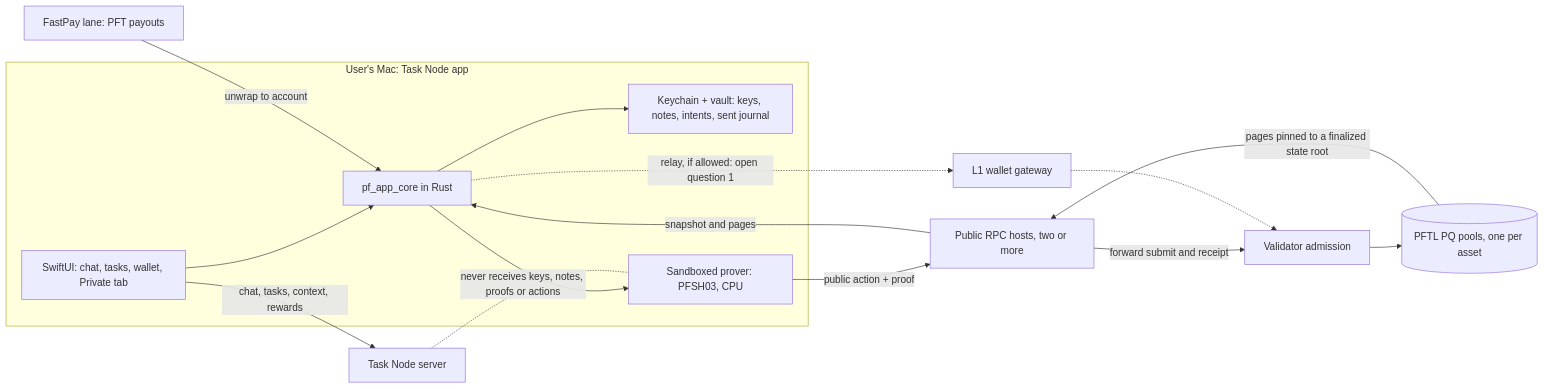
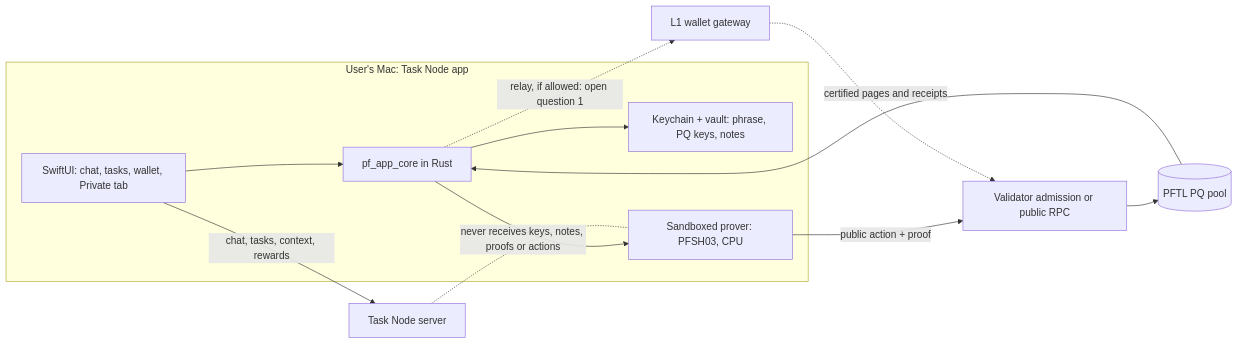
The first of 2 diagrams in big_milestone/pillars/05-local-task-node.md (postfiatorg/postfiatl1v2), drawn with Mermaid before and after one commit. The commit also changed other lines of this file and 37 other files, not shown here.

````diff
--- a/big_milestone/pillars/05-local-task-node.md
+++ b/big_milestone/pillars/05-local-task-node.md
@@ -52,18 +49,15 @@
 ```mermaid
 flowchart LR
     subgraph MAC["User's Mac: Task Node app"]
       UI["SwiftUI: chat, tasks, wallet, Private tab"] --> CORE["pf_app_core in Rust"]
-      CORE --> KV["Keychain + vault: keys, notes, intents, sent journal"]
+      CORE --> KV["Keychain + vault: phrase, PQ keys, notes"]
       CORE --> PR["Sandboxed prover: PFSH03, CPU"]
     end
     UI -- "chat, tasks, context, rewards" --> TN["Task Node server"]
-    FP["FastPay lane: PFT payouts"] -- "unwrap to account" --> CORE
-    PR -- "public action + proof" --> RPC["Public RPC hosts, two or more"]
-    RPC -- "forward submit and receipt" --> ADM["Validator admission"]
+    PR -- "public action + proof" --> ADM["Validator admission or public RPC"]
     CORE -. "relay, if allowed: open question 1" .-> GW["L1 wallet gateway"]
     GW -.-> ADM
-    ADM --> PFTL[("PFTL PQ pools, one per asset")]
-    PFTL -- "pages pinned to a finalized state root" --> RPC
-    RPC -- "snapshot and pages" --> CORE
+    ADM --> PFTL[("PFTL PQ pool")]
+    PFTL -- "certified pages and receipts" --> CORE
     TN -. "never receives keys, notes, proofs or actions" .- PR
 ```
````
